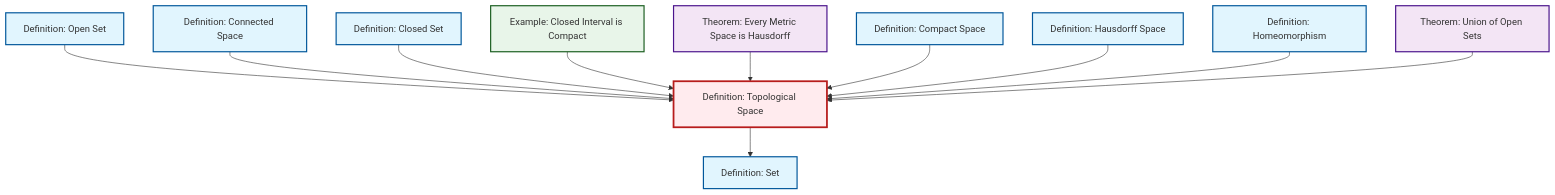
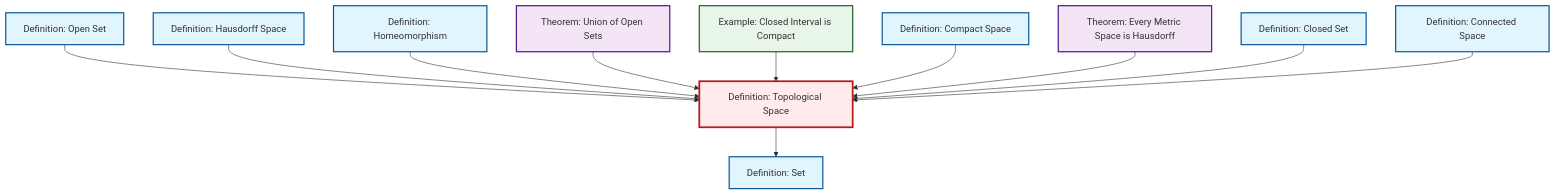
One commit to RK0429/ModernMath changed the diagram in content/ja/topology/def-topological-space.qmd. Above: the diagram before and after it, drawn with Mermaid. The commit also changed other lines of this file and 554 other files, not shown here.

````diff
--- a/content/ja/topology/def-topological-space.qmd
+++ b/content/ja/topology/def-topological-space.qmd
@@ -60,41 +60,41 @@
 ```{mermaid}
 %%| fig-cap: "Local dependency graph"
 graph TD
     classDef definition fill:#e1f5fe,stroke:#01579b,stroke-width:2px
     classDef theorem fill:#f3e5f5,stroke:#4a148c,stroke-width:2px
     classDef axiom fill:#fff3e0,stroke:#e65100,stroke-width:2px
     classDef example fill:#e8f5e9,stroke:#1b5e20,stroke-width:2px
     classDef current fill:#ffebee,stroke:#b71c1c,stroke-width:3px
+    thm-union-open-sets["Theorem: Union of Open Sets"]:::theorem
     thm-metric-hausdorff["Theorem: Every Metric Space is Hausdorff"]:::theorem
+    def-hausdorff["Definition: Hausdorff Space"]:::definition
+    def-connected["Definition: Connected Space"]:::definition
+    def-compact["Definition: Compact Space"]:::definition
+    def-open-set["Definition: Open Set"]:::definition
+    def-topological-space["Definition: Topological Space"]:::definition
+    def-closed-set["Definition: Closed Set"]:::definition
     def-set["Definition: Set"]:::definition
     def-homeomorphism["Definition: Homeomorphism"]:::definition
-    thm-union-open-sets["Theorem: Union of Open Sets"]:::theorem
-    def-topological-space["Definition: Topological Space"]:::definition
-    def-compact["Definition: Compact Space"]:::definition
     ex-closed-interval-compact["Example: Closed Interval is Compact"]:::example
-    def-open-set["Definition: Open Set"]:::definition
-    def-closed-set["Definition: Closed Set"]:::definition
-    def-hausdorff["Definition: Hausdorff Space"]:::definition
-    def-connected["Definition: Connected Space"]:::definition
     def-open-set --> def-topological-space
-    def-connected --> def-topological-space
-    def-closed-set --> def-topological-space
-    ex-closed-interval-compact --> def-topological-space
-    thm-metric-hausdorff --> def-topological-space
-    def-compact --> def-topological-space
     def-hausdorff --> def-topological-space
     def-homeomorphism --> def-topological-space
+    thm-union-open-sets --> def-topological-space
+    ex-closed-interval-compact --> def-topological-space
+    def-compact --> def-topological-space
+    thm-metric-hausdorff --> def-topological-space
+    def-closed-set --> def-topological-space
+    def-connected --> def-topological-space
     def-topological-space --> def-set
-    thm-union-open-sets --> def-topological-space
     class def-topological-space current
+    click thm-union-open-sets "thm-union-open-sets.html" "Theorem: Union of Open Setsへ"
     click thm-metric-hausdorff "thm-metric-hausdorff.html" "Theorem: Every Metric Space is Hausdorffへ"
+    click def-hausdorff "def-hausdorff.html" "Definition: Hausdorff Spaceへ"
+    click def-connected "def-connected.html" "Definition: Connected Spaceへ"
+    click def-compact "def-compact.html" "Definition: Compact Spaceへ"
+    click def-open-set "def-open-set.html" "Definition: Open Setへ"
+    click def-closed-set "def-closed-set.html" "Definition: Closed Setへ"
     click def-set "def-set.html" "Definition: Setへ"
     click def-homeomorphism "def-homeomorphism.html" "Definition: Homeomorphismへ"
-    click thm-union-open-sets "thm-union-open-sets.html" "Theorem: Union of Open Setsへ"
-    click def-compact "def-compact.html" "Definition: Compact Spaceへ"
     click ex-closed-interval-compact "ex-closed-interval-compact.html" "Example: Closed Interval is Compactへ"
-    click def-open-set "def-open-set.html" "Definition: Open Setへ"
-    click def-closed-set "def-closed-set.html" "Definition: Closed Setへ"
-    click def-hausdorff "def-hausdorff.html" "Definition: Hausdorff Spaceへ"
-    click def-connected "def-connected.html" "Definition: Connected Spaceへ"
 ```
````
